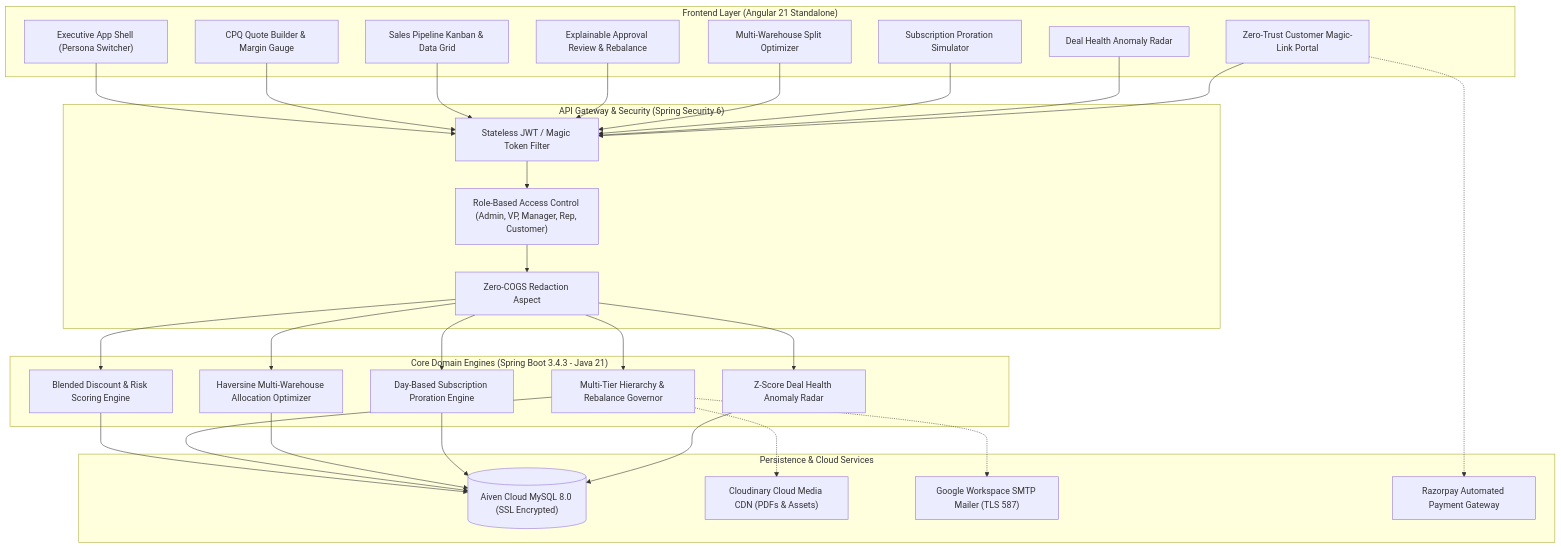
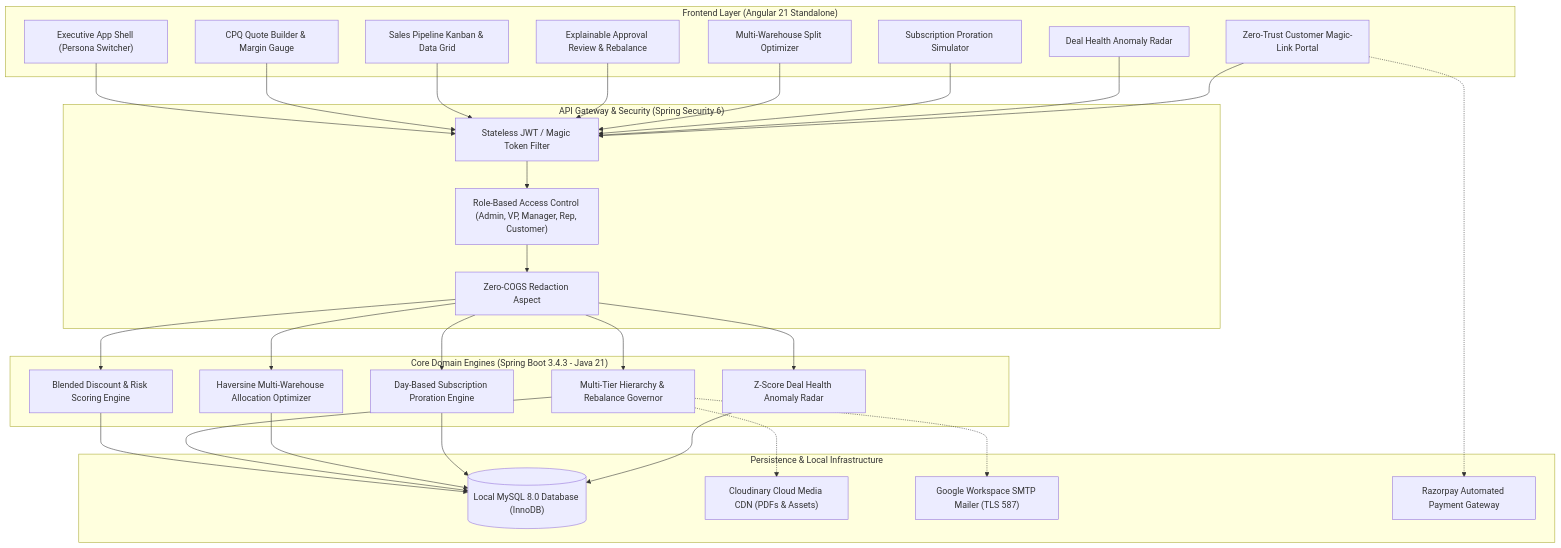
The first of 3 diagrams in README.md (Sadique721/DealFlow360), drawn with Mermaid before and after one commit. The commit also changed other lines of this file and 2 other files, not shown here.

Commit message:
refactor(db): migrate database configuration and integration testing from Aiven cloud to local MySQL 8.0

````diff
--- a/README.md
+++ b/README.md
@@ -79,61 +79,61 @@
 ```mermaid
 graph TD
     subgraph "Frontend Layer (Angular 21 Standalone)"
         UI_Shell["Executive App Shell (Persona Switcher)"]
         UI_Builder["CPQ Quote Builder & Margin Gauge"]
         UI_Pipeline["Sales Pipeline Kanban & Data Grid"]
         UI_Approval["Explainable Approval Review & Rebalance"]
         UI_Split["Multi-Warehouse Split Optimizer"]
         UI_Sub["Subscription Proration Simulator"]
         UI_Health["Deal Health Anomaly Radar"]
         UI_Portal["Zero-Trust Customer Magic-Link Portal"]
     end
 
     subgraph "API Gateway & Security (Spring Security 6)"
         Sec_Filter["Stateless JWT / Magic Token Filter"]
         RBAC["Role-Based Access Control (Admin, VP, Manager, Rep, Customer)"]
         COGS_Guard["Zero-COGS Redaction Aspect"]
     end
 
     subgraph "Core Domain Engines (Spring Boot 3.4.3 - Java 21)"
         Engine_Discount["Blended Discount & Risk Scoring Engine"]
         Engine_Approval["Multi-Tier Hierarchy & Rebalance Governor"]
         Engine_Logistics["Haversine Multi-Warehouse Allocation Optimizer"]
         Engine_Proration["Day-Based Subscription Proration Engine"]
         Engine_Anomaly["Z-Score Deal Health Anomaly Radar"]
     end
 
-    subgraph "Persistence & Cloud Services"
-        DB[("Aiven Cloud MySQL 8.0 (SSL Encrypted)")]
+    subgraph "Persistence & Local Infrastructure"
+        DB[("Local MySQL 8.0 Database (InnoDB)")]
         CDN["Cloudinary Cloud Media CDN (PDFs & Assets)"]
         SMTP["Google Workspace SMTP Mailer (TLS 587)"]
         Pay["Razorpay Automated Payment Gateway"]
     end
 
     UI_Shell --> Sec_Filter
     UI_Builder --> Sec_Filter
     UI_Pipeline --> Sec_Filter
     UI_Approval --> Sec_Filter
     UI_Split --> Sec_Filter
     UI_Sub --> Sec_Filter
     UI_Health --> Sec_Filter
     UI_Portal --> Sec_Filter
 
     Sec_Filter --> RBAC
     RBAC --> COGS_Guard
     COGS_Guard --> Engine_Discount
     COGS_Guard --> Engine_Approval
     COGS_Guard --> Engine_Logistics
     COGS_Guard --> Engine_Proration
     COGS_Guard --> Engine_Anomaly
 
     Engine_Discount --> DB
     Engine_Approval --> DB
     Engine_Logistics --> DB
     Engine_Proration --> DB
     Engine_Anomaly --> DB
 
     Engine_Approval -.-> SMTP
     Engine_Approval -.-> CDN
     UI_Portal -.-> Pay
 ```
````
